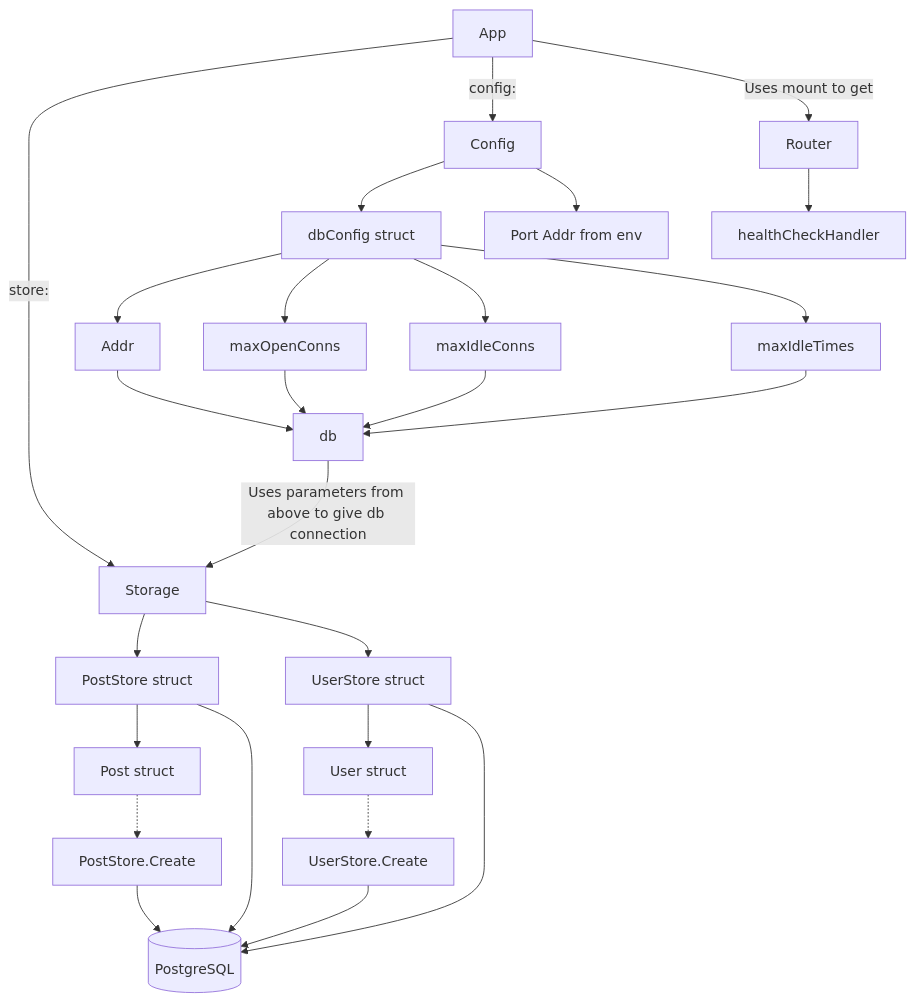
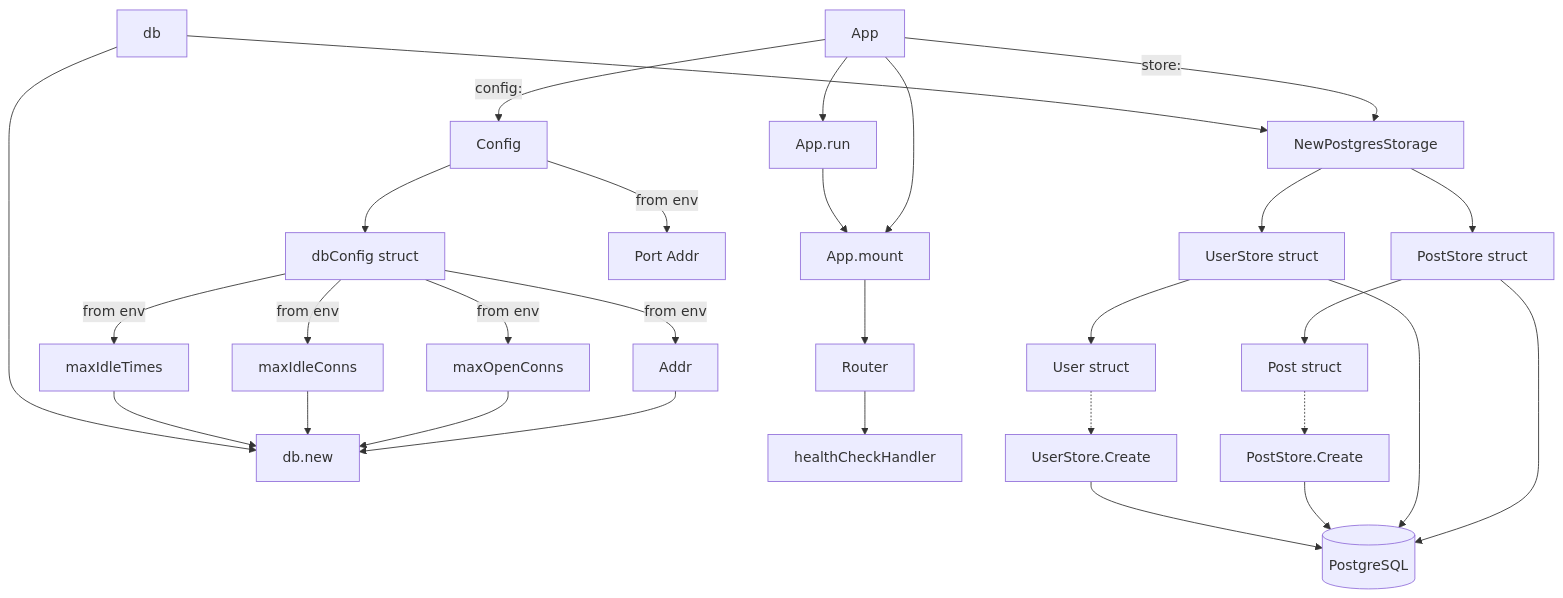
Before and after one commit to robertrahardja/gowebnotes: the diagram in social/cmd/api/db_call_flow.md, drawn with Mermaid. The commit also changed 3 other files, not shown here.

Commit message:
made flow in markdown up to db connection

````diff
--- a/social/cmd/api/db_call_flow.md
+++ b/social/cmd/api/db_call_flow.md
@@ -3,39 +3,42 @@
 ```mermaid
 flowchart TD
 
 
-    App -->|store:| Storage
+    App -->|store:| NewPostgresStorage
     App -->|config:| Config
-    App -->|Uses mount to get | Router
+    App --> Mount[App.mount]
+    App --> Run[App.run]
+    Run --> Mount
+    Mount --> Router
 
     Config --> DbConfig[dbConfig struct]
-    Config --> Port[Port Addr from env]
-    DbConfig --> Addr
-    DbConfig --> maxOpenConns
-    DbConfig --> maxIdleConns
-    DbConfig --> maxIdleTimes
+    Config -->|from env| Port[Port Addr]
+    DbConfig -->|from env| Addr
+    DbConfig -->|from env| maxOpenConns
+    DbConfig -->|from env| maxIdleConns
+    DbConfig -->|from env| maxIdleTimes
 
-    Addr --> db
-    maxOpenConns --> db
-    maxIdleConns --> db
-    maxIdleTimes --> db
+    Addr --> db.new
+    maxOpenConns --> db.new
+    maxIdleConns --> db.new
+    maxIdleTimes --> db.new
 
-
-    db -->|Uses parameters from above to give db connection|Storage
-    Storage --> PostStore[PostStore struct]
-    Storage --> UserStore[UserStore struct]
+    db --> db.new
+    db --> NewPostgresStorage
+    NewPostgresStorage --> PostStore[PostStore struct]
+    NewPostgresStorage --> UserStore[UserStore struct]
 
     PostStore --> PostModel[Post struct]
     UserStore --> UserModel[User struct]
 
     Router --> HealthHandler[healthCheckHandler]
 
     PostStore --> DB[(PostgreSQL)]
     UserStore --> DB
 
     PostModel -.-> PostCreate[PostStore.Create]
     UserModel -.-> UserCreate[UserStore.Create]
 
     PostCreate --> DB
     UserCreate --> DB
 ```
````
